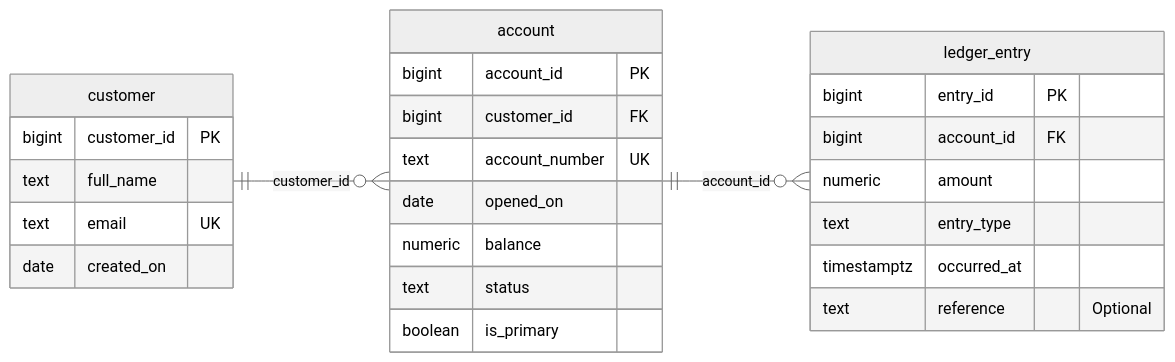
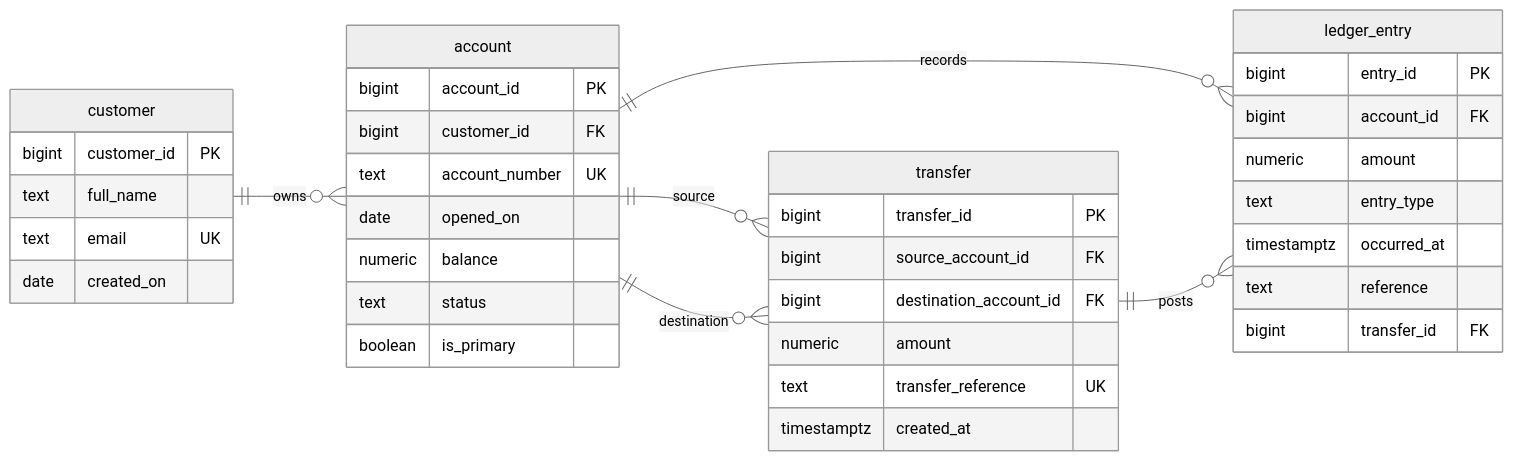
The diagram in portfolio-1-database-design/Okpala_Ginikachukwu_301922331_P1_ERDiagram.md (gokpala2331-stack/Okpala_Ginikachukwu_301922331), drawn with Mermaid (neutral theme) before and after one commit. The commit also changed other lines of this file, not shown here.

Commit message:
Improve database design and implement atomic banking transfers

````diff
--- a/portfolio-1-database-design/Okpala_Ginikachukwu_301922331_P1_ERDiagram.md
+++ b/portfolio-1-database-design/Okpala_Ginikachukwu_301922331_P1_ERDiagram.md
@@ -3,29 +3,41 @@
 ```mermaid
 erDiagram
     direction LR
     customer {
         bigint customer_id PK
         text full_name
         text email UK
         date created_on
     }
     account {
         bigint account_id PK
         bigint customer_id FK
         text account_number UK
         date opened_on
         numeric balance
         text status
         boolean is_primary
     }
+    transfer {
+        bigint transfer_id PK
+        bigint source_account_id FK
+        bigint destination_account_id FK
+        numeric amount
+        text transfer_reference UK
+        timestamptz created_at
+    }
     ledger_entry {
         bigint entry_id PK
         bigint account_id FK
         numeric amount
         text entry_type
         timestamptz occurred_at
-        text reference "Optional"
+        text reference
+        bigint transfer_id FK
     }
-    customer ||--o{ account : "customer_id"
-    account ||--o{ ledger_entry : "account_id"
+    customer ||--o{ account : owns
+    account ||--o{ ledger_entry : records
+    account ||--o{ transfer : source
+    account ||--o{ transfer : destination
+    transfer ||--o{ ledger_entry : posts
 ```
````
